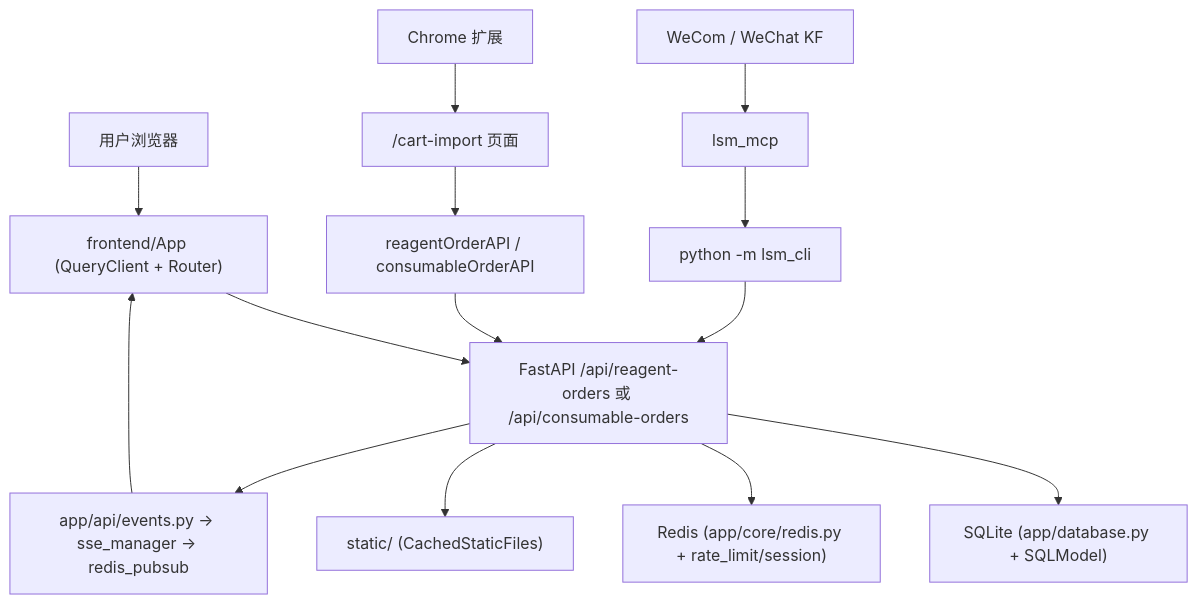
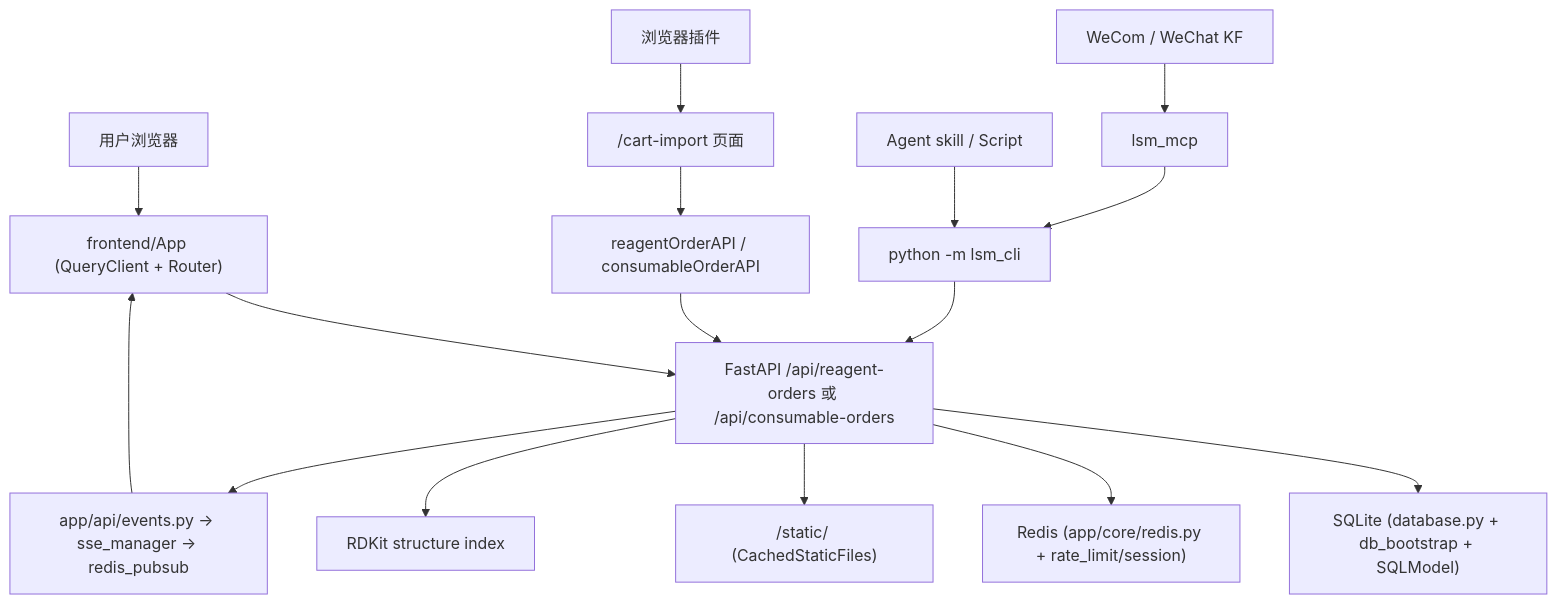
The diagram in wiki/overview/system-overview.md (hzb666/LabStorageManager), drawn with Mermaid before and after one commit. The commit also changed other lines of this file and 298 other files, not shown here.

````diff
--- a/wiki/overview/system-overview.md
+++ b/wiki/overview/system-overview.md
@@ -17,16 +17,18 @@
 ```mermaid
 flowchart TD
     Browser["用户浏览器"] --> Web["frontend/App (QueryClient + Router)"]
-    Extension["Chrome 扩展"] --> ImportPage["/cart-import 页面"]
+    Extension["浏览器插件"] --> ImportPage["/cart-import 页面"]
+    Agent["Agent skill / Script"] --> Cli["python -m lsm_cli"]
     Robot["WeCom / WeChat KF"] --> Mcp["lsm_mcp"]
     Mcp --> Cli["python -m lsm_cli"]
     Cli --> Api
     ImportPage --> OrderApis["reagentOrderAPI / consumableOrderAPI"]
     Web --> Api["FastAPI /api/*"]
     OrderApis --> Api["FastAPI /api/reagent-orders 或 /api/consumable-orders"]
-    Api --> Db["SQLite (app/database.py + SQLModel)"]
+    Api --> Db["SQLite (database.py + db_bootstrap + SQLModel)"]
     Api --> Cache["Redis (app/core/redis.py + rate_limit/session)"]
-    Api --> Fs["static/ (CachedStaticFiles)"]
+    Api --> Files["/static/ (CachedStaticFiles)"]
+    Api --> Chem["RDKit structure index"]
     Api --> Events["app/api/events.py -> sse_manager -> redis_pubsub"]
     Events --> Web
 ```
````
